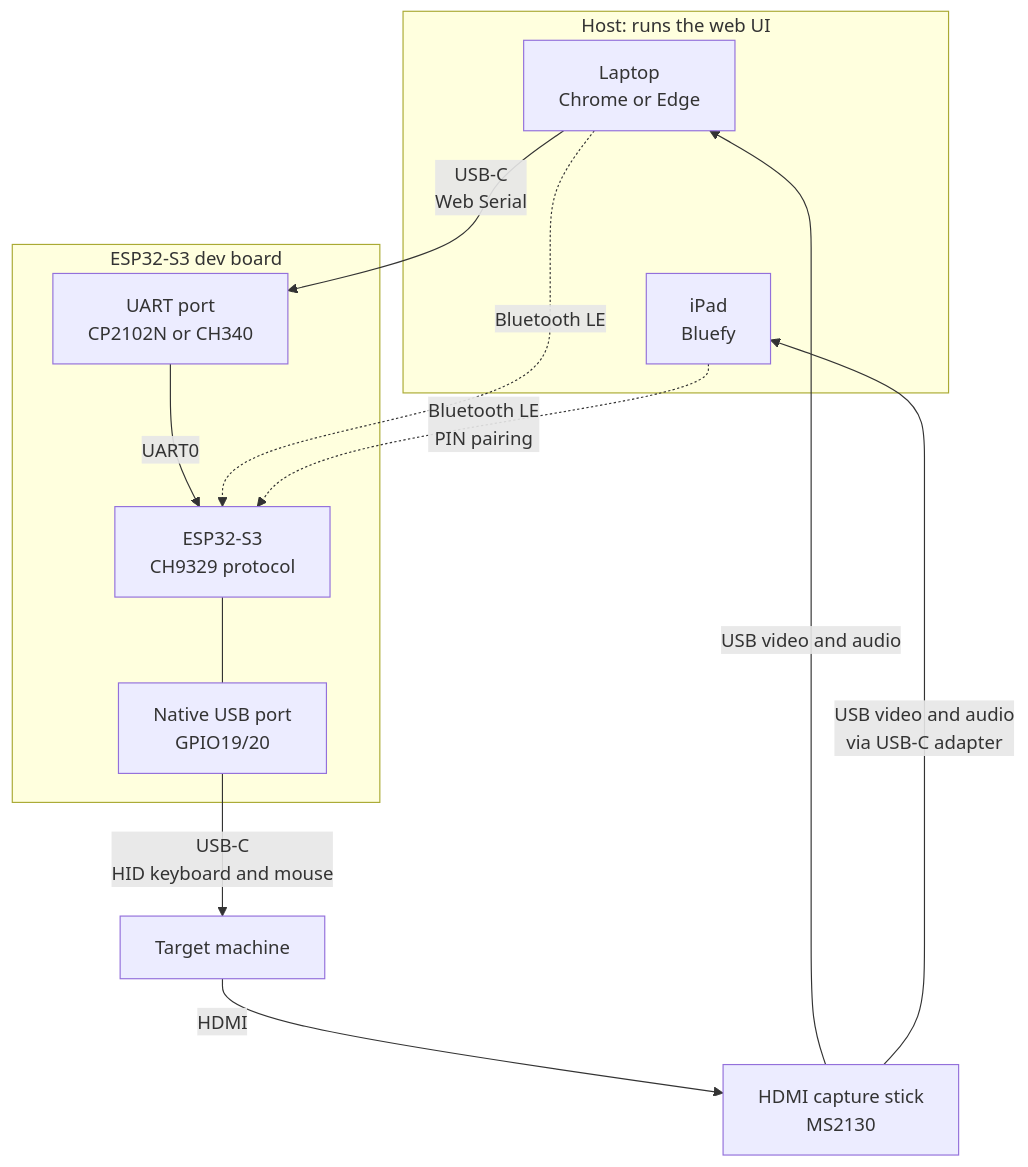
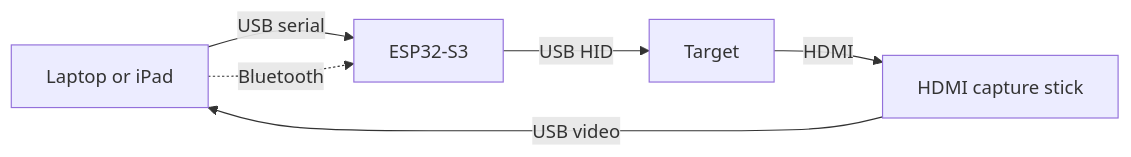
Before and after one commit to thebentern/cheap-web-kvm: the diagram in README.md, drawn with Mermaid. The commit also changed other lines of this file, not shown here.

Commit message:
Simplify the README connection diagram
Four boxes in one row: host, ESP32-S3, target and capture stick, with USB
serial or Bluetooth from the host, USB HID to the target, HDMI to the capture
stick and USB video back to the host. The previous diagram rendered tall and
busy on GitHub.

````diff
--- a/README.md
+++ b/README.md
@@ -42,27 +42,13 @@
 ```mermaid
-flowchart TB
-    subgraph host["Host: runs the web UI"]
-        laptop["Laptop<br/>Chrome or Edge"]
-        ipad["iPad<br/>Bluefy"]
-    end
+flowchart LR
+    host["Laptop or iPad"]
+    esp["ESP32-S3"]
+    target["Target"]
+    capture["HDMI capture stick"]
 
-    subgraph board["ESP32-S3 dev board"]
-        uart["UART port<br/>CP2102N or CH340"]
-        mcu["ESP32-S3<br/>CH9329 protocol"]
-        otg["Native USB port<br/>GPIO19/20"]
-    end
-
-    capture["HDMI capture stick<br/>MS2130"]
-    target["Target machine"]
-
-    laptop ~~~ ipad
-    laptop -- "USB-C<br/>Web Serial" --> uart
-    uart -- "UART0" --> mcu
-    laptop -. "Bluetooth LE" .-> mcu
-    ipad -. "Bluetooth LE<br/>PIN pairing" .-> mcu
-    mcu --- otg
-    otg -- "USB-C<br/>HID keyboard and mouse" --> target
+    host -- "USB serial" --> esp
+    host -. "Bluetooth" .-> esp
+    esp -- "USB HID" --> target
     target -- "HDMI" --> capture
-    capture -- "USB video and audio" --> laptop
-    capture -- "USB video and audio<br/>via USB-C adapter" --> ipad
+    capture -- "USB video" --> host
 ```
````
